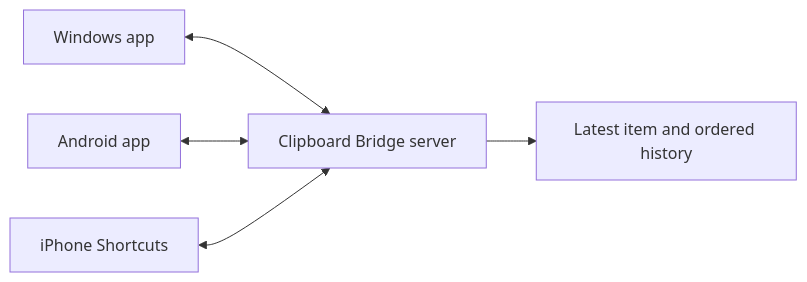
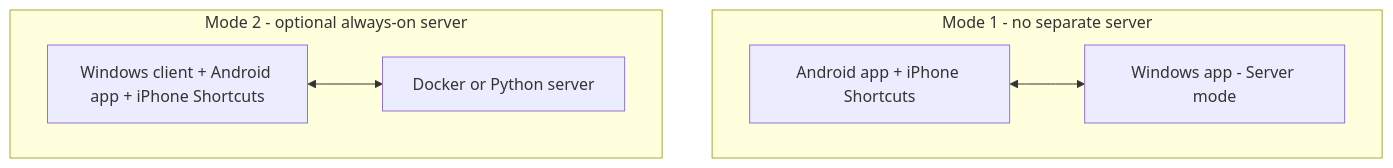
Before and after one commit to Mattboxx/Clipboard-Bridge: the diagram in README.md, drawn with Mermaid. The commit also changed other lines of this file and 2 other files, not shown here.

Commit message:
Correct the two-mode connection diagrams

````diff
--- a/README.md
+++ b/README.md
@@ -81,7 +81,11 @@
 ```mermaid
-flowchart LR
-    W["Windows app"] <--> S["Clipboard Bridge server"]
-    A["Android app"] <--> S
-    I["iPhone Shortcuts"] <--> S
-    S --> H["Latest item and ordered history"]
+flowchart TB
+    subgraph M1["Mode 1 - no separate server"]
+        direction LR
+        P1["Android app + iPhone Shortcuts"] <--> W1["Windows app - Server mode"]
+    end
+    subgraph M2["Mode 2 - optional always-on server"]
+        direction LR
+        P2["Windows client + Android app + iPhone Shortcuts"] <--> S2["Docker or Python server"]
+    end
 ```
````
